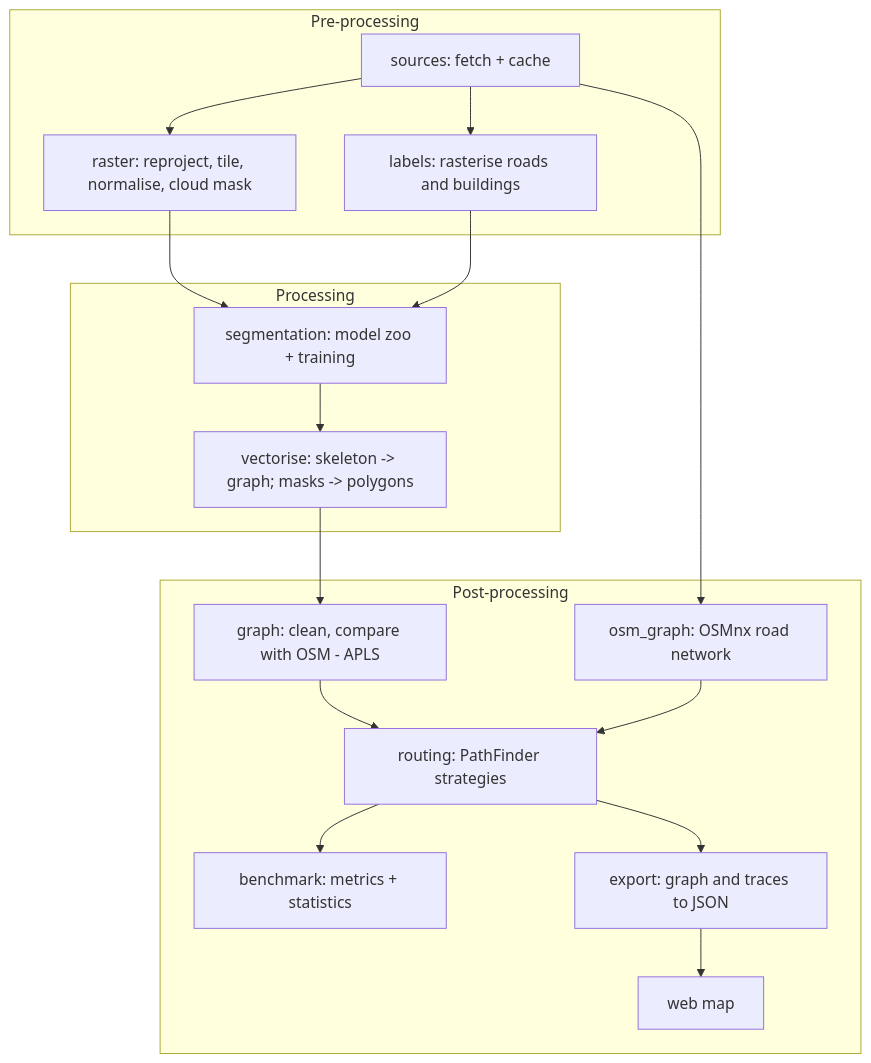
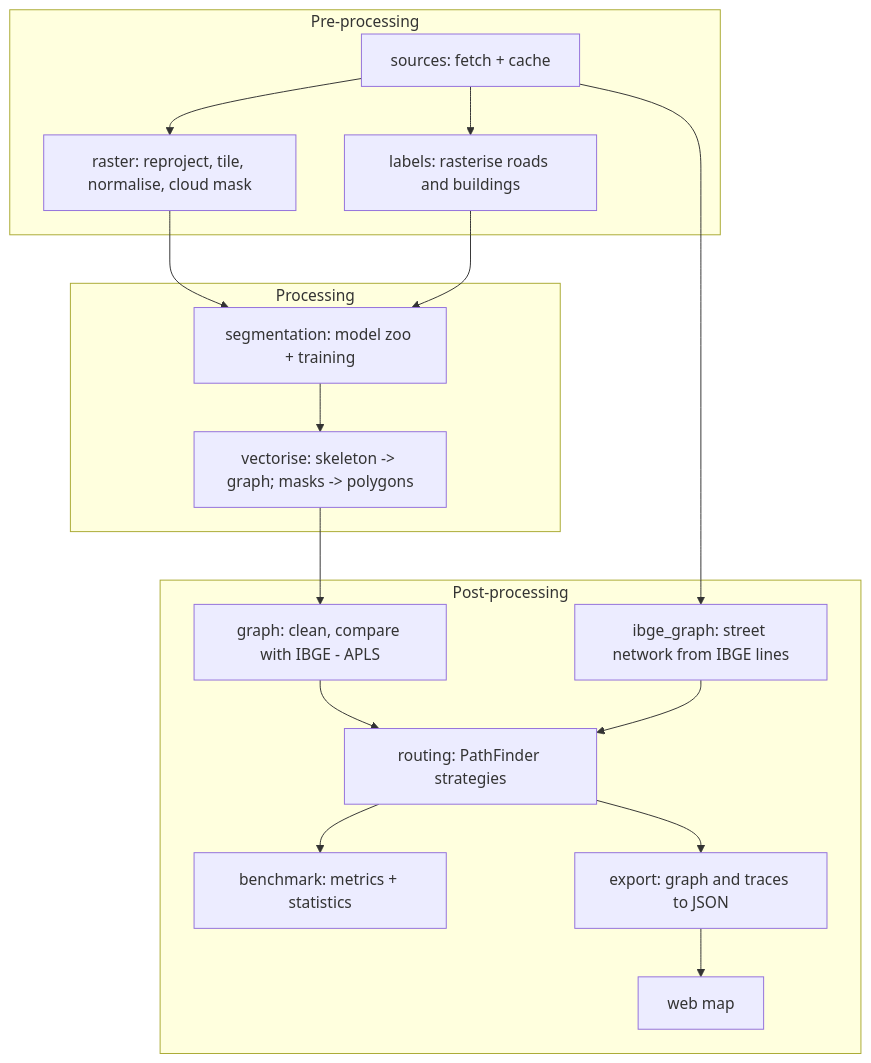
One commit to TiagoRodrigues-GitH/georeferencing-street-routing-algorithms changed the second of 2 diagrams in docs/ARCHITECTURE.md. Above: the diagram before and after it, drawn with Mermaid. The commit also changed other lines of this file and 5 other files, not shown here.

Commit message:
Brazilian public data only (CBERS-4A from INPE, IBGE street lines); neural network architecture and tunable hyperparameters; segmentation and routing configs

````diff
--- a/docs/ARCHITECTURE.md
+++ b/docs/ARCHITECTURE.md
@@ -38,21 +36,21 @@
 ```mermaid
 flowchart TD
   subgraph pre [Pre-processing]
     A[sources: fetch + cache] --> B[raster: reproject, tile, normalise, cloud mask]
     A --> C[labels: rasterise roads and buildings]
   end
   subgraph proc [Processing]
     B --> D[segmentation: model zoo + training]
     C --> D
     D --> E[vectorise: skeleton -> graph; masks -> polygons]
   end
   subgraph post [Post-processing]
-    E --> F[graph: clean, compare with OSM - APLS]
-    A --> G[osm_graph: OSMnx road network]
+    E --> F[graph: clean, compare with IBGE - APLS]
+    A --> G[ibge_graph: street network from IBGE lines]
     F --> H[routing: PathFinder strategies]
     G --> H
     H --> I[benchmark: metrics + statistics]
     H --> J[export: graph and traces to JSON]
     J --> K[web map]
   end
 ```
````
